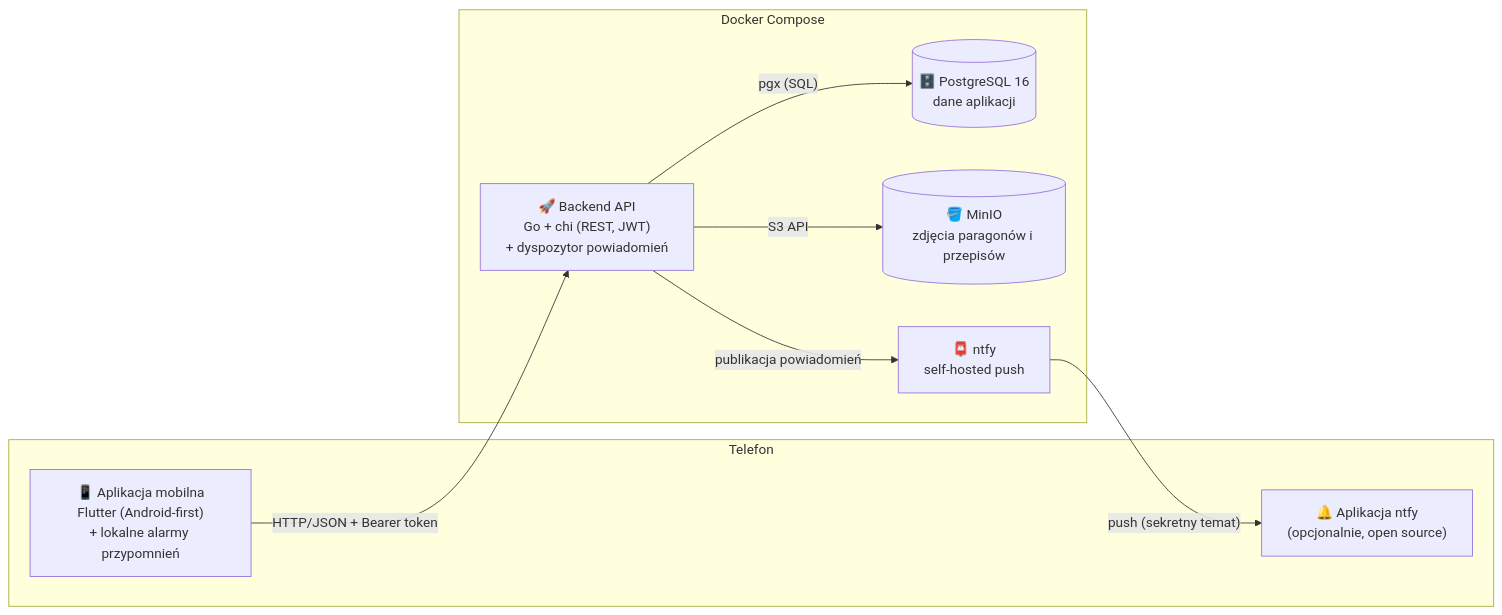
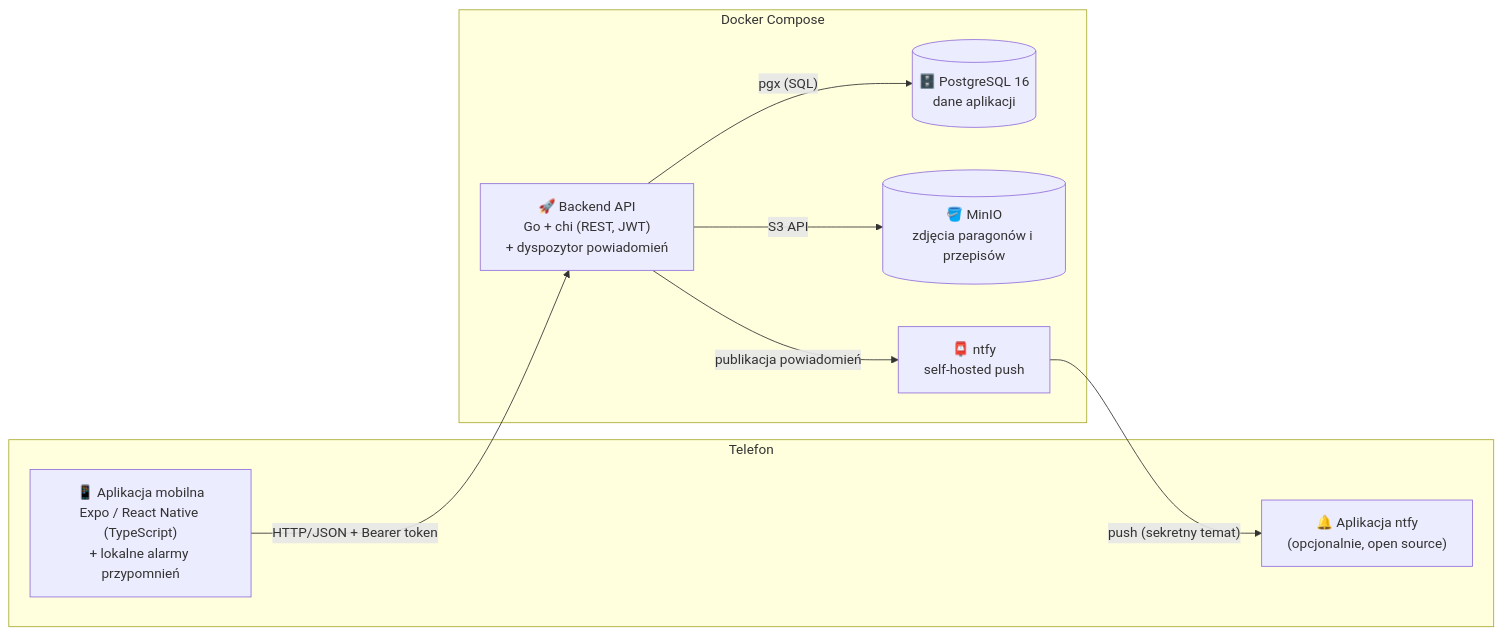
Before and after one commit to Szymonexis/apka-dla-bab: the diagram in README.md, drawn with Mermaid. The commit also changed other lines of this file and 88 other files, not shown here.

First line of the commit message:
Przepisanie mobilki z Fluttera na Expo (React Native + TypeScript)

````diff
--- a/README.md
+++ b/README.md
@@ -24,18 +24,18 @@
 ```mermaid
 flowchart LR
     subgraph Telefon
-        A["📱 Aplikacja mobilna<br/>Flutter (Android-first)<br/>+ lokalne alarmy przypomnień"]
+        A["📱 Aplikacja mobilna<br/>Expo / React Native (TypeScript)<br/>+ lokalne alarmy przypomnień"]
         F["🔔 Aplikacja ntfy<br/>(opcjonalnie, open source)"]
     end
     subgraph "Docker Compose"
         B["🚀 Backend API<br/>Go + chi (REST, JWT)<br/>+ dyspozytor powiadomień"]
         C[("🗄️ PostgreSQL 16<br/>dane aplikacji")]
         D[("🪣 MinIO<br/>zdjęcia paragonów i przepisów")]
         E["📮 ntfy<br/>self-hosted push"]
     end
     A -- "HTTP/JSON + Bearer token" --> B
     B -- "pgx (SQL)" --> C
     B -- "S3 API" --> D
     B -- "publikacja powiadomień" --> E
     E -- "push (sekretny temat)" --> F
 ```
````
